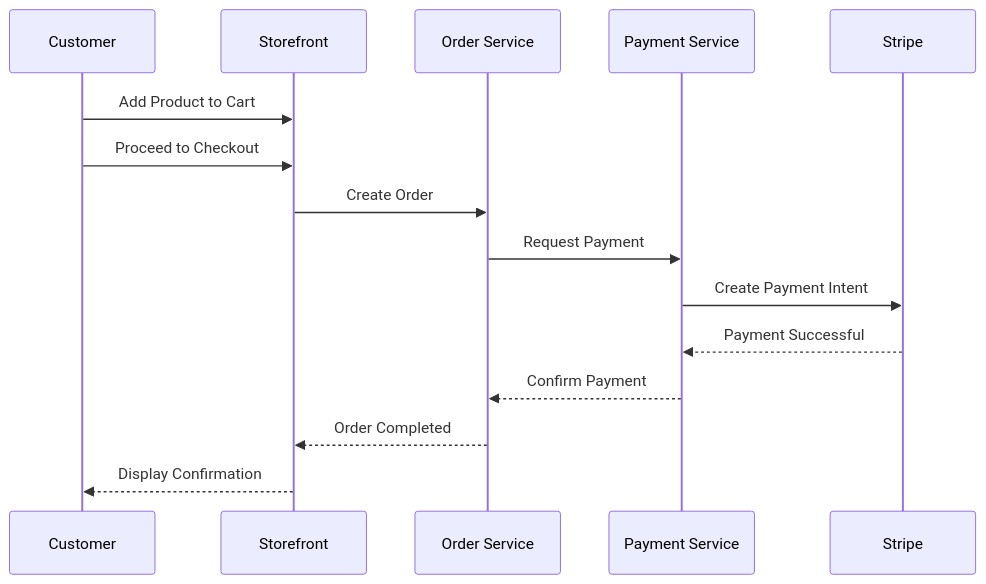
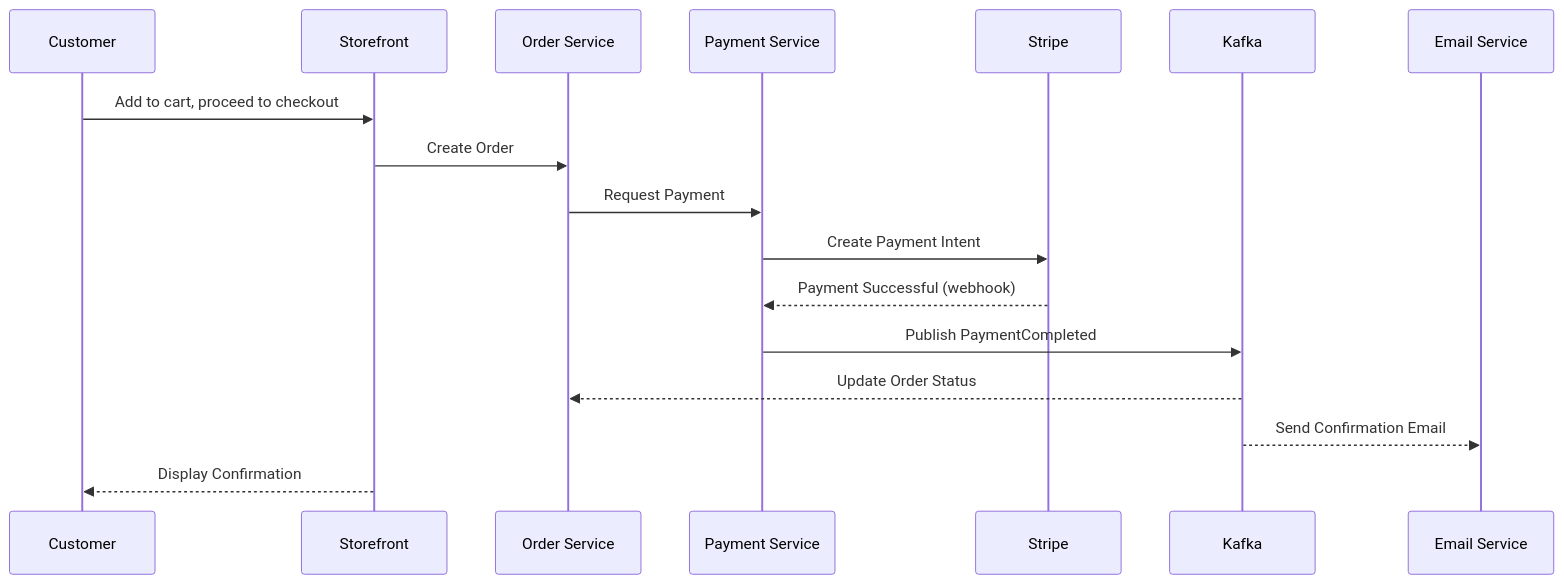
Before and after one commit to Ayyah-Coded/Grandis-Commerce: the third of 6 diagrams in README.md, drawn with Mermaid. The commit also changed other lines of this file, not shown here.

````diff
--- a/README.md
+++ b/README.md
@@ -608,31 +206,20 @@
 ```mermaid
 sequenceDiagram
+participant Customer
+participant Storefront
+participant Order Service
+participant Payment Service
+participant Stripe
+participant Kafka
+participant Email Service
 
-participant Customer
-
-participant Storefront
-
-participant Order Service
-
-participant Payment Service
-
-participant Stripe
-
-Customer->>Storefront: Add Product to Cart
-
-Customer->>Storefront: Proceed to Checkout
-
+Customer->>Storefront: Add to cart, proceed to checkout
 Storefront->>Order Service: Create Order
-
 Order Service->>Payment Service: Request Payment
-
 Payment Service->>Stripe: Create Payment Intent
-
-Stripe-->>Payment Service: Payment Successful
-
-Payment Service-->>Order Service: Confirm Payment
-
-Order Service-->>Storefront: Order Completed
-
+Stripe-->>Payment Service: Payment Successful (webhook)
+Payment Service->>Kafka: Publish PaymentCompleted
+Kafka-->>Order Service: Update Order Status
+Kafka-->>Email Service: Send Confirmation Email
 Storefront-->>Customer: Display Confirmation
 ```
````
